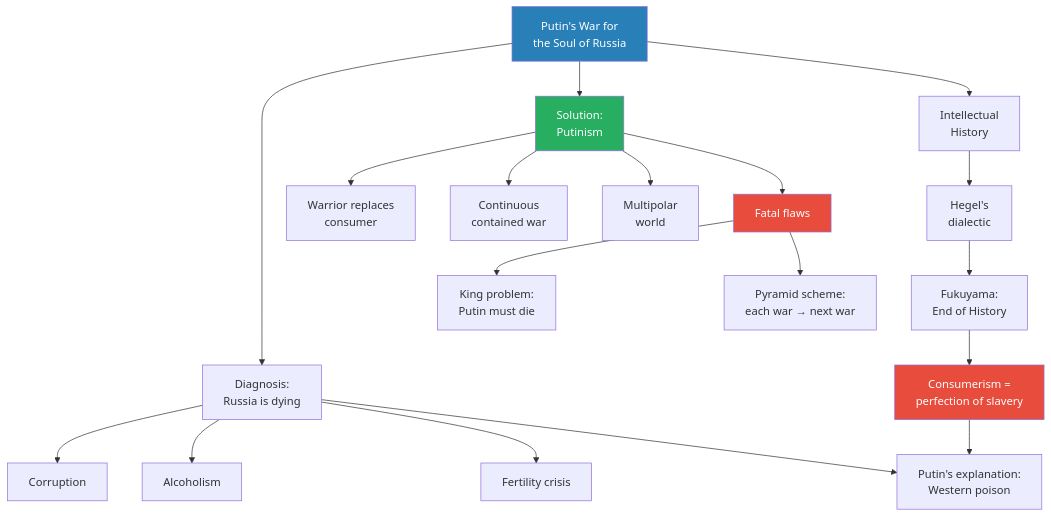
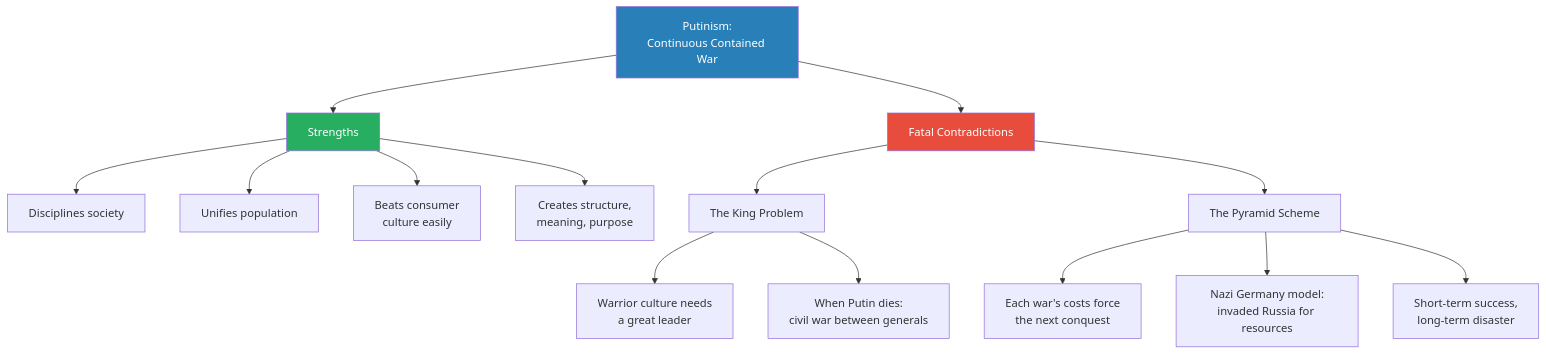
The sixth of 6 diagrams in summaries/Lectures/Geo-Strategy/09 - Putin's War for the Soul of Russia.md (alius33/reader), drawn with Mermaid before and after one commit. The commit also changed other lines of this file and 26 other files, not shown here.

````diff
--- a/summaries/Lectures/Geo-Strategy/09 - Putin's War for the Soul of Russia.md
+++ b/summaries/Lectures/Geo-Strategy/09 - Putin's War for the Soul of Russia.md
@@ -847,25 +322,20 @@
 ```mermaid
 flowchart TB
-    CORE["Putin's War for<br/>the Soul of Russia"]
-    CORE --> DIAG["Diagnosis:<br/>Russia is dying"]
-    CORE --> HIST["Intellectual<br/>History"]
-    CORE --> SOL["Solution:<br/>Putinism"]
-    DIAG --> C1["Corruption"]
-    DIAG --> C2["Alcoholism"]
-    DIAG --> C3["Fertility crisis"]
-    DIAG --> EXP["Putin's explanation:<br/>Western poison"]
-    HIST --> HEG["Hegel's<br/>dialectic"]
-    HEG --> FUK["Fukuyama:<br/>End of History"]
-    FUK --> CONS["Consumerism =<br/>perfection of slavery"]
-    CONS --> EXP
-    SOL --> WAR["Warrior replaces<br/>consumer"]
-    SOL --> CONT["Continuous<br/>contained war"]
-    SOL --> MULTI["Multipolar<br/>world"]
-    SOL --> FLAWS["Fatal flaws"]
-    FLAWS --> KING["King problem:<br/>Putin must die"]
-    FLAWS --> PYRA["Pyramid scheme:<br/>each war → next war"]
-    style CORE fill:#2980b9,color:#fff
-    style CONS fill:#e74c3c,color:#fff
-    style SOL fill:#27ae60,color:#fff
-    style FLAWS fill:#e74c3c,color:#fff
+    P["Putinism:<br/>Continuous Contained War"]
+    P --> STR["Strengths"]
+    P --> WEAK["Fatal Contradictions"]
+    STR --> S1["Disciplines society"]
+    STR --> S2["Unifies population"]
+    STR --> S3["Beats consumer<br/>culture easily"]
+    STR --> S4["Creates structure,<br/>meaning, purpose"]
+    WEAK --> W1["The King Problem"]
+    WEAK --> W2["The Pyramid Scheme"]
+    W1 --> W1A["Warrior culture needs<br/>a great leader"]
+    W1 --> W1B["When Putin dies:<br/>civil war between generals"]
+    W2 --> W2A["Each war's costs force<br/>the next conquest"]
+    W2 --> W2B["Nazi Germany model:<br/>invaded Russia for resources"]
+    W2 --> W2C["Short-term success,<br/>long-term disaster"]
+    style P fill:#2980b9,color:#fff
+    style WEAK fill:#e74c3c,color:#fff
+    style STR fill:#27ae60,color:#fff
 ```
````
